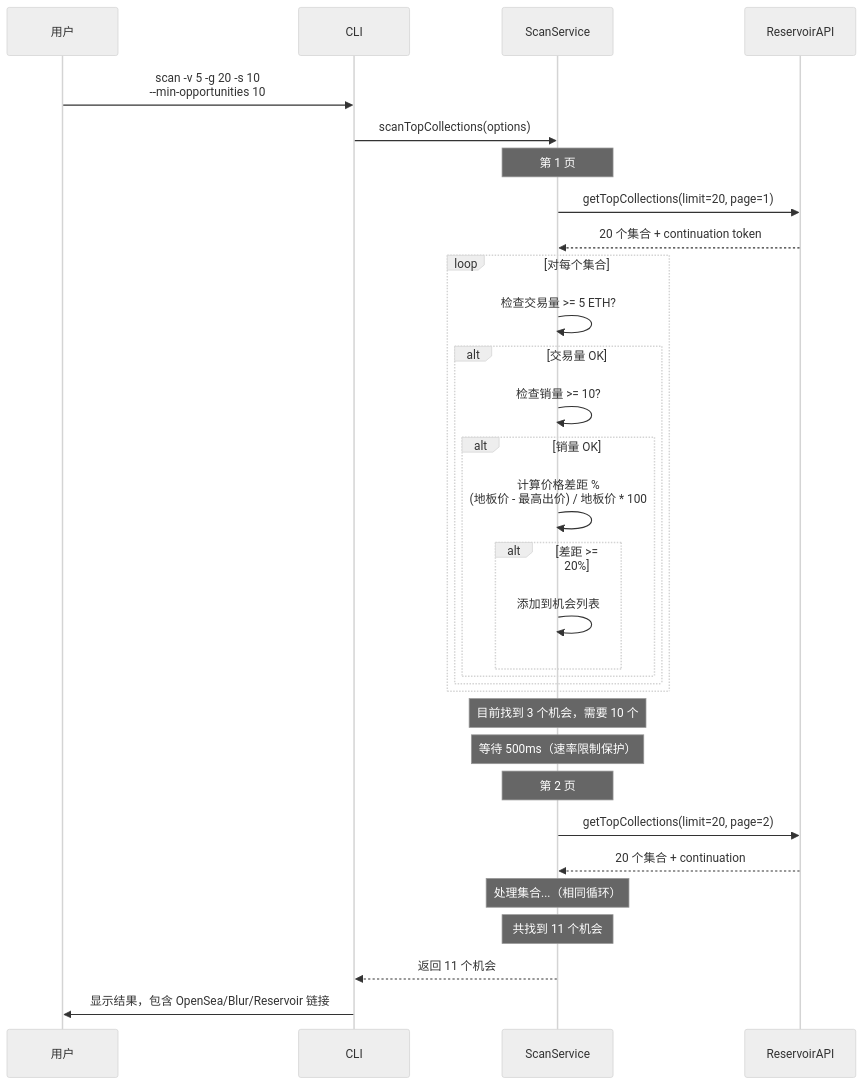
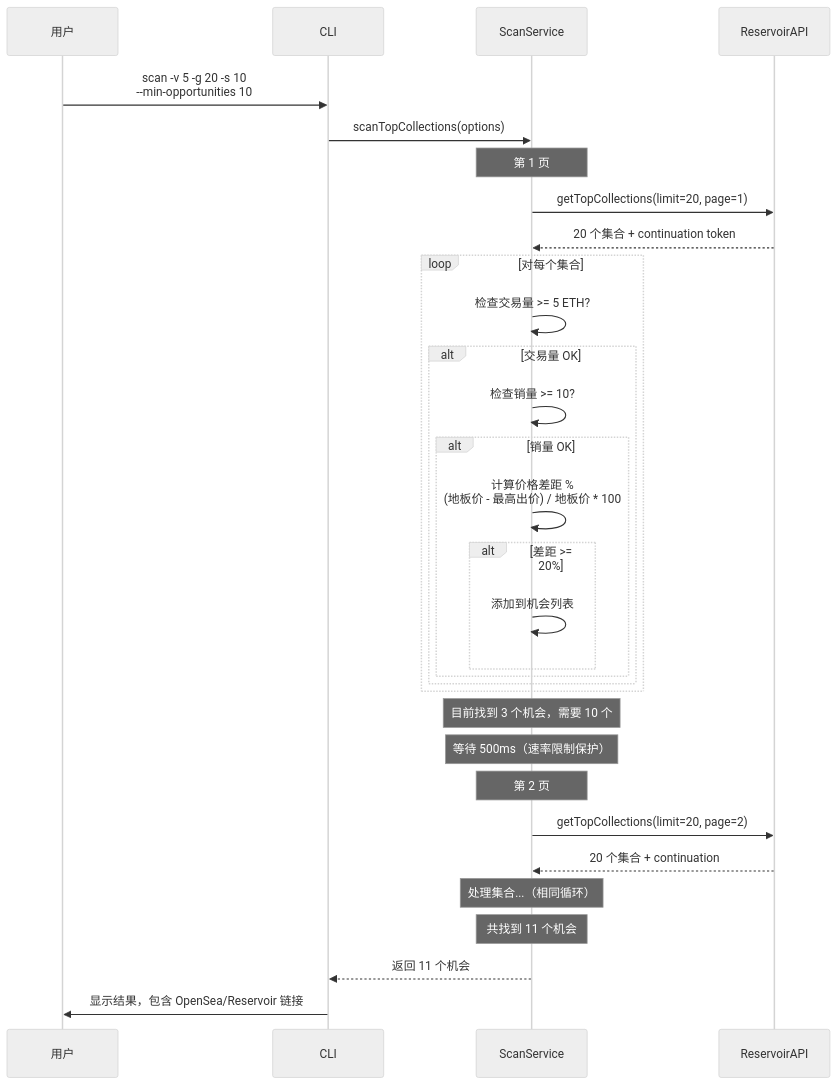
One commit to terryso/opensea-offer-maker changed the second of 3 diagrams in docs/architecture/workflows.md. Above: the diagram before and after it, drawn with Mermaid (neutral theme). The commit also changed 12 other files, not shown here.

Commit message:
docs: 移除 Blur 市场相关功能，仅保留 OpenSea 支持

````diff
--- a/docs/architecture/workflows.md
+++ b/docs/architecture/workflows.md
@@ -66,44 +66,44 @@
 ```mermaid
 sequenceDiagram
     participant User as 用户
     participant CLI
     participant ScanService
     participant ReservoirAPI
 
     User->>CLI: scan -v 5 -g 20 -s 10<br/>--min-opportunities 10
     CLI->>ScanService: scanTopCollections(options)
 
     Note over ScanService: 第 1 页
 
     ScanService->>ReservoirAPI: getTopCollections(limit=20, page=1)
     ReservoirAPI-->>ScanService: 20 个集合 + continuation token
 
     loop 对每个集合
         ScanService->>ScanService: 检查交易量 >= 5 ETH?
         alt 交易量 OK
             ScanService->>ScanService: 检查销量 >= 10?
             alt 销量 OK
                 ScanService->>ScanService: 计算价格差距 %<br/>(地板价 - 最高出价) / 地板价 * 100
                 alt 差距 >= 20%
                     ScanService->>ScanService: 添加到机会列表
                 end
             end
         end
     end
 
     Note over ScanService: 目前找到 3 个机会，需要 10 个
 
     Note over ScanService: 等待 500ms（速率限制保护）
 
     Note over ScanService: 第 2 页
 
     ScanService->>ReservoirAPI: getTopCollections(limit=20, page=2)
     ReservoirAPI-->>ScanService: 20 个集合 + continuation
 
     Note over ScanService: 处理集合...（相同循环）
 
     Note over ScanService: 共找到 11 个机会
 
     ScanService-->>CLI: 返回 11 个机会
-    CLI->>User: 显示结果，包含 OpenSea/Blur/Reservoir 链接
+    CLI->>User: 显示结果，包含 OpenSea/Reservoir 链接
 ```
````
